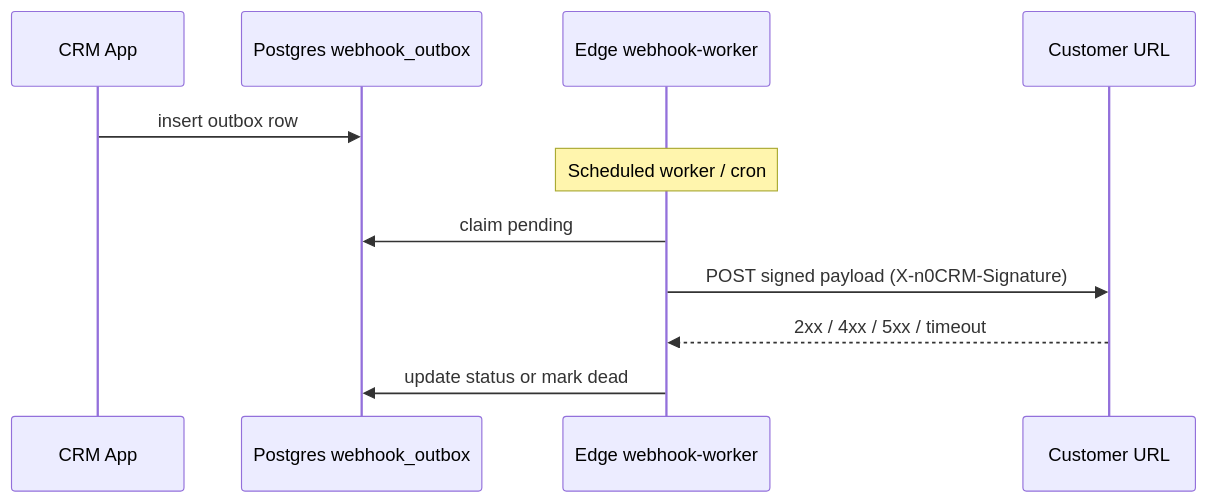
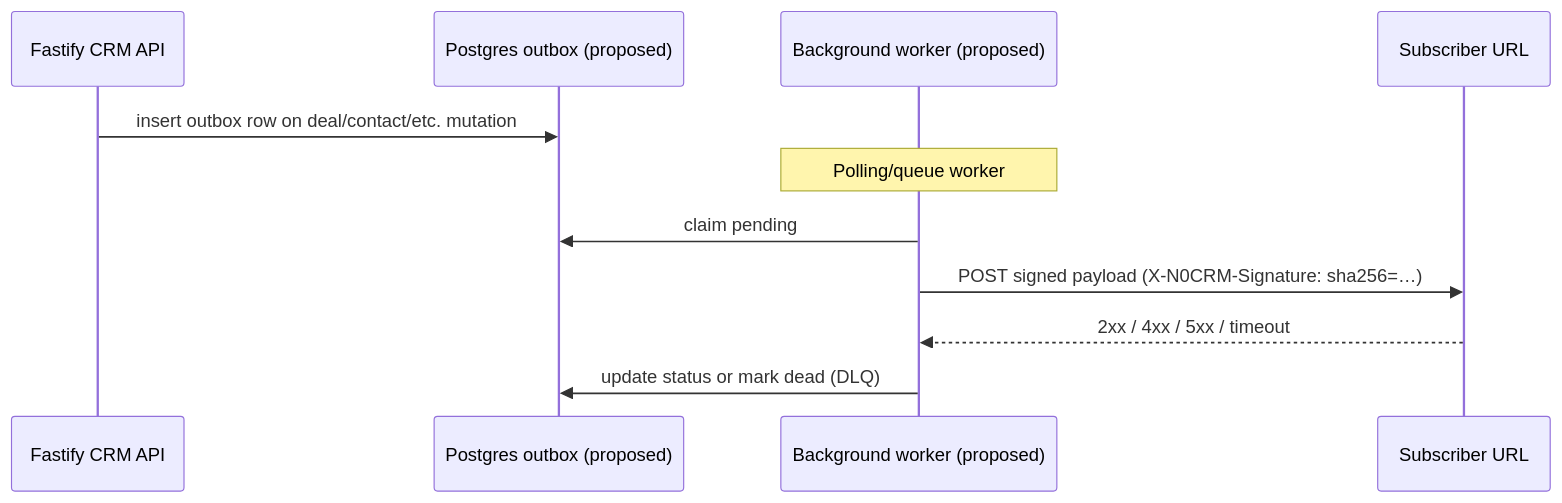
Before and after one commit to Davmunrey/CRM-Project: the diagram in frontend/docs/master-pipedrive-velo-comparison.md, drawn with Mermaid. The commit also changed other lines of this file and 13 other files, not shown here.

````diff
--- a/frontend/docs/master-pipedrive-velo-comparison.md
+++ b/frontend/docs/master-pipedrive-velo-comparison.md
@@ -62,13 +66,13 @@
 ```mermaid
 sequenceDiagram
-  participant App as CRM App
-  participant DB as Postgres webhook_outbox
-  participant W as Edge webhook-worker
-  participant Ext as Customer URL
-  App->>DB: insert outbox row
-  Note over W: Scheduled worker / cron
+  participant App as Fastify CRM API
+  participant DB as Postgres outbox (proposed)
+  participant W as Background worker (proposed)
+  participant Ext as Subscriber URL
+  App->>DB: insert outbox row on deal/contact/etc. mutation
+  Note over W: Polling/queue worker
   W->>DB: claim pending
-  W->>Ext: POST signed payload (X-n0CRM-Signature)
+  W->>Ext: POST signed payload (X-N0CRM-Signature: sha256=…)
   Ext-->>W: 2xx / 4xx / 5xx / timeout
-  W->>DB: update status or mark dead
+  W->>DB: update status or mark dead (DLQ)
 ```
````
